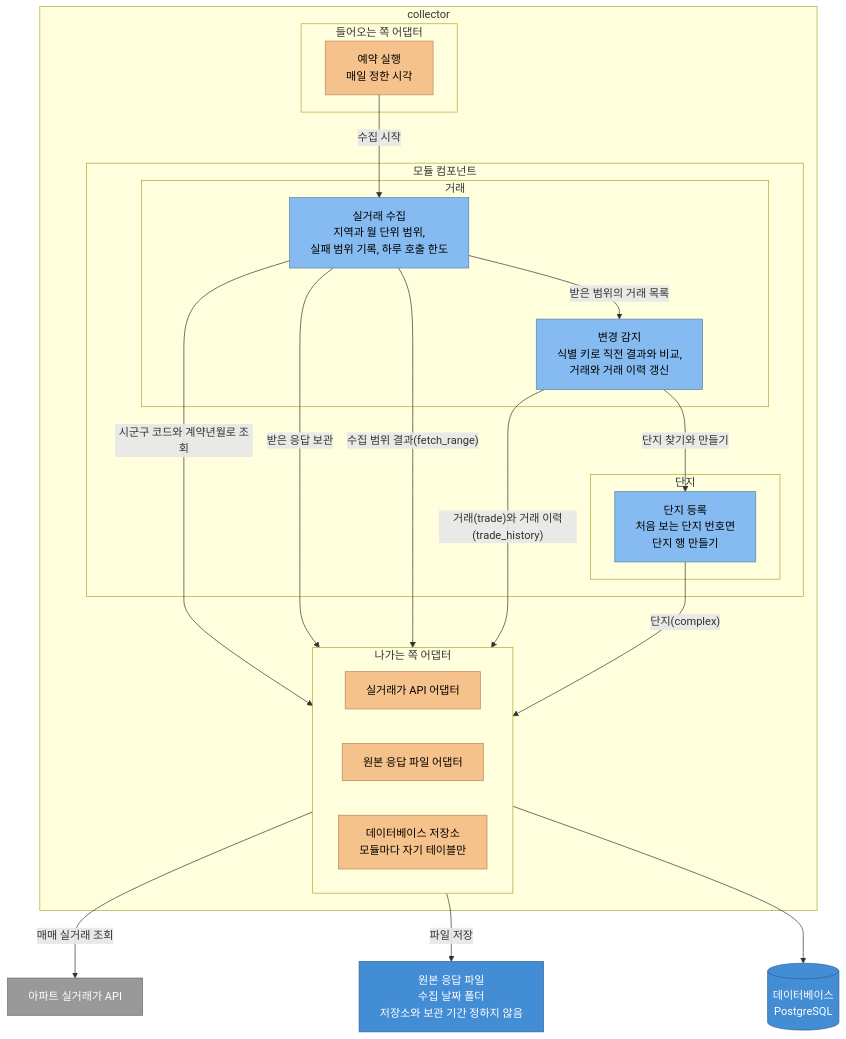
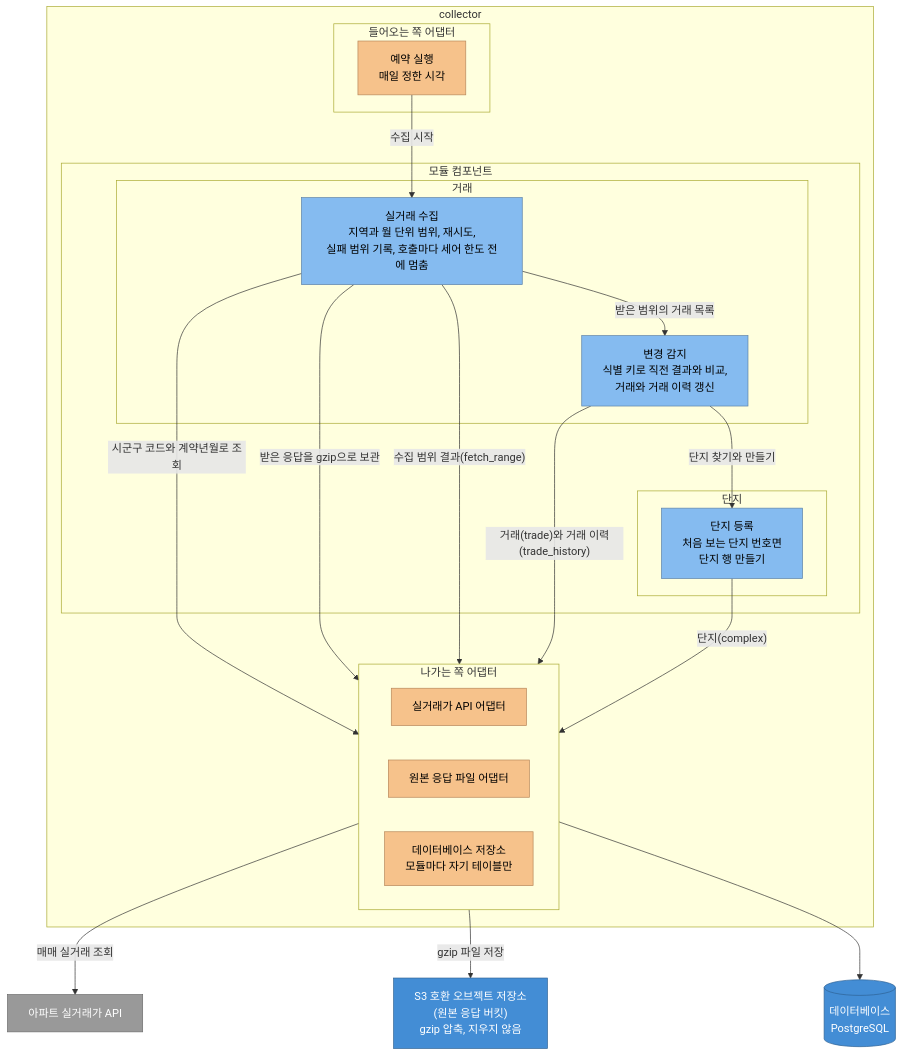
The second of 3 diagrams in docs/architecture/c4-component.md (Park-Seung-Hun/real-estate), drawn with Mermaid before and after one commit. The commit also changed other lines of this file and 7 other files, not shown here.

````diff
--- a/docs/architecture/c4-component.md
+++ b/docs/architecture/c4-component.md
@@ -198,51 +201,51 @@
 ```mermaid
 %%{init: {'flowchart': {'wrappingWidth': 260}}}%%
 flowchart TB
   subgraph col["collector"]
     subgraph cin["들어오는 쪽 어댑터"]
       sched["예약 실행<br/>매일 정한 시각"]
     end
 
     subgraph cmods["모듈 컴포넌트"]
       subgraph cTrade["거래"]
-        fetch["실거래 수집<br/>지역과 월 단위 범위,<br/>실패 범위 기록, 하루 호출 한도"]
+        fetch["실거래 수집<br/>지역과 월 단위 범위, 재시도,<br/>실패 범위 기록, 호출마다 세어 한도 전에 멈춤"]
         detect["변경 감지<br/>식별 키로 직전 결과와 비교,<br/>거래와 거래 이력 갱신"]
       end
       subgraph cComplex["단지"]
         reg["단지 등록<br/>처음 보는 단지 번호면<br/>단지 행 만들기"]
       end
     end
 
     subgraph cout["나가는 쪽 어댑터"]
       direction LR
       outApi["실거래가 API 어댑터"]
       outRaw["원본 응답 파일 어댑터"]
       outDb["데이터베이스 저장소<br/>모듈마다 자기 테이블만"]
     end
   end
 
   tradeApi["아파트 실거래가 API"]
-  raw["원본 응답 파일<br/>수집 날짜 폴더<br/>저장소와 보관 기간 정하지 않음"]
+  raw["S3 호환 오브젝트 저장소<br/>(원본 응답 버킷)<br/>gzip 압축, 지우지 않음"]
   db[("데이터베이스<br/>PostgreSQL")]
 
   sched -->|"수집 시작"| fetch
   fetch -->|"시군구 코드와 계약년월로 조회"| outApi
-  fetch -->|"받은 응답 보관"| outRaw
+  fetch -->|"받은 응답을 gzip으로 보관"| outRaw
   fetch -->|"받은 범위의 거래 목록"| detect
   detect -->|"단지 찾기와 만들기"| reg
   fetch -->|"수집 범위 결과(fetch_range)"| outDb
   detect -->|"거래(trade)와 거래 이력(trade_history)"| outDb
   reg -->|"단지(complex)"| outDb
   outApi -->|"매매 실거래 조회"| tradeApi
-  outRaw -->|"파일 저장"| raw
+  outRaw -->|"gzip 파일 저장"| raw
   outDb --> db
 
   classDef comp fill:#85bbf0,stroke:#5d82a8,color:#000
   classDef adapter fill:#f6c28b,stroke:#b8875a,color:#000
   classDef store fill:#438dd5,stroke:#2e6295,color:#fff
   classDef ext fill:#999999,stroke:#6b6b6b,color:#fff
   class fetch,detect,reg comp
   class sched,outApi,outRaw,outDb adapter
   class db,raw store
   class tradeApi ext
 ```
````
